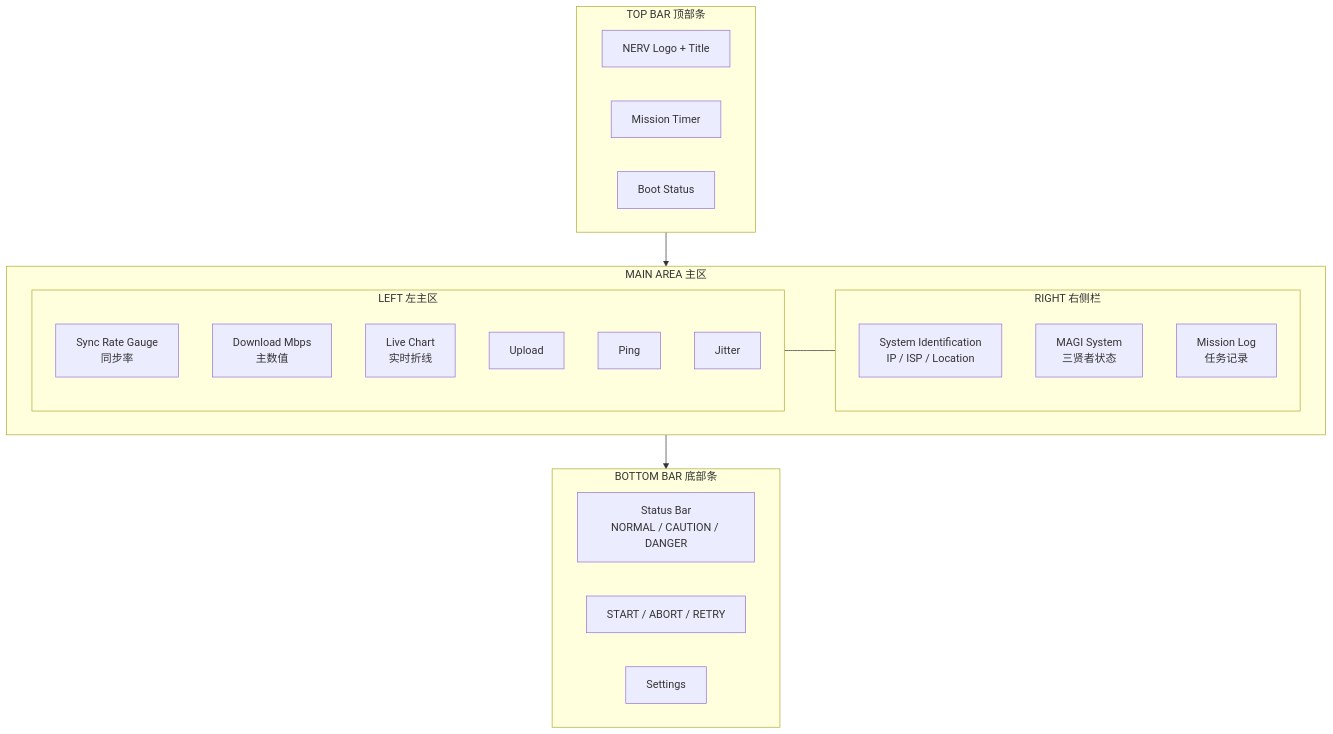
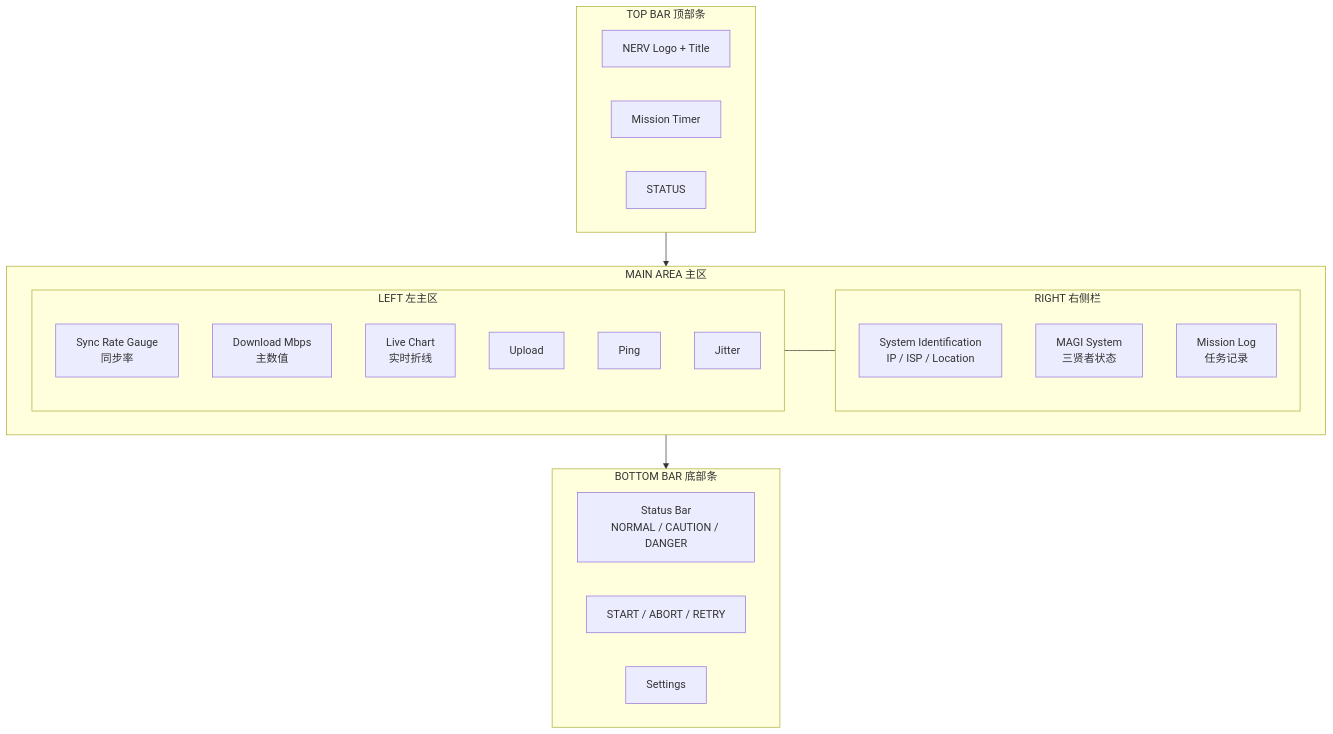
One commit to Exhen/eva-speedtest changed the diagram in prd.md. Above: the diagram before and after it, drawn with Mermaid. The commit also changed other lines of this file and 4 other files, not shown here.

````diff
--- a/prd.md
+++ b/prd.md
@@ -278,34 +278,34 @@
 ```mermaid
 flowchart TB
     subgraph TopBar [TOP BAR  顶部条]
         Logo[NERV Logo + Title]
         Timer[Mission Timer]
-        BootStatus[Boot Status]
+        BootStatus[STATUS]
     end
 
     subgraph MainArea [MAIN AREA  主区]
         subgraph LeftMain [LEFT  左主区]
             SyncGauge["Sync Rate Gauge<br/>同步率"]
             DownloadBig["Download Mbps<br/>主数值"]
             LiveChart["Live Chart<br/>实时折线"]
             UploadSmall[Upload]
             PingSmall[Ping]
             JitterSmall[Jitter]
         end
         subgraph RightSide [RIGHT  右侧栏]
             SysId["System Identification<br/>IP / ISP / Location"]
             Magi["MAGI System<br/>三贤者状态"]
             MissionLog["Mission Log<br/>任务记录"]
         end
     end
 
     subgraph BottomBar [BOTTOM BAR  底部条]
         StatusBar["Status Bar<br/>NORMAL / CAUTION / DANGER"]
         ControlBtn["START / ABORT / RETRY"]
         Settings[Settings]
     end
 
     TopBar --> MainArea
     MainArea --> BottomBar
     LeftMain --- RightSide
 ```
````
